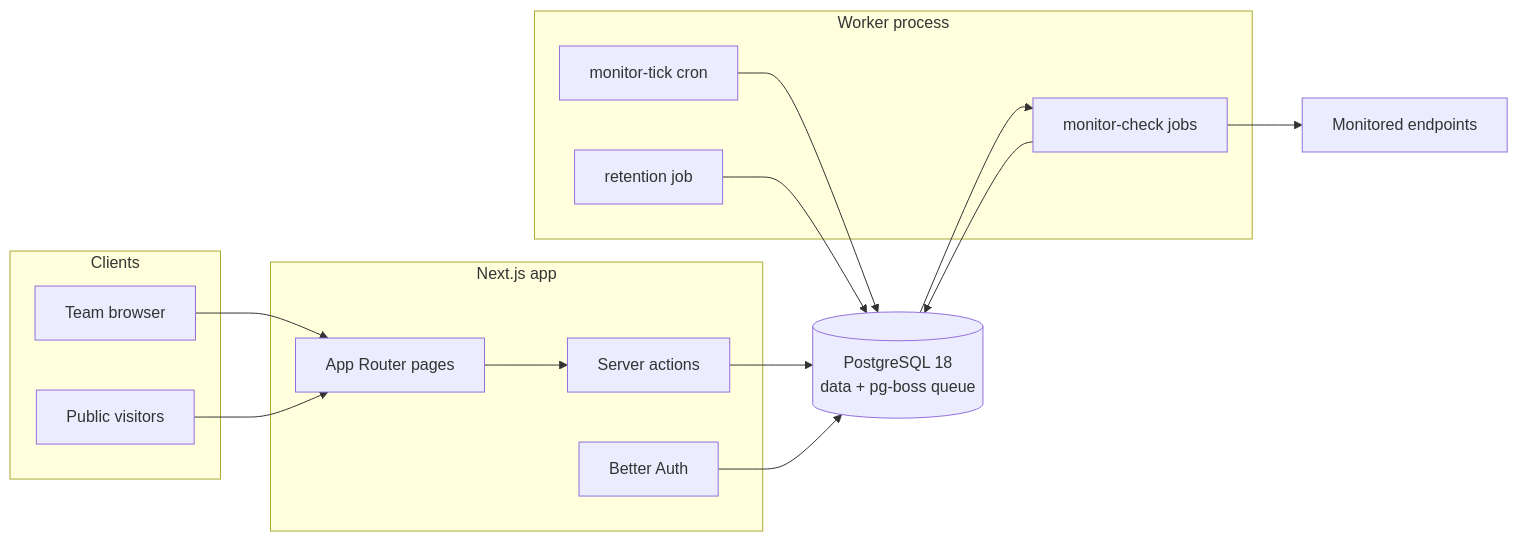
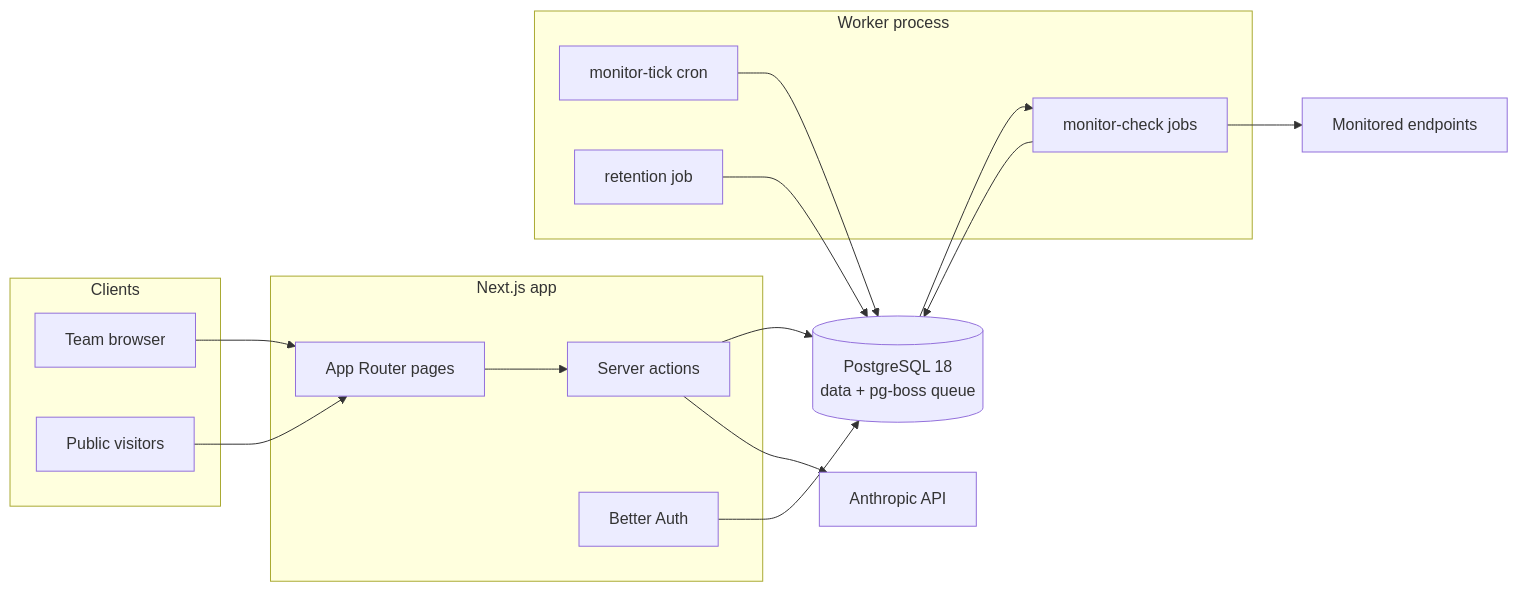
One commit to dev-matow/onuptime-docker changed the first of 3 diagrams in ARCHITECTURE.md. Above: the diagram before and after it, drawn with Mermaid. The commit also changed other lines of this file and 164 other files, not shown here.

````diff
--- a/ARCHITECTURE.md
+++ b/ARCHITECTURE.md
@@ -16,31 +18,33 @@
 ```mermaid
 flowchart LR
     subgraph clients [Clients]
         B[Team browser]
         P[Public visitors]
     end
 
     subgraph app [Next.js app]
         UI[App Router pages]
         SA[Server actions]
         AUTH[Better Auth]
     end
 
     subgraph worker [Worker process]
         TICK[monitor-tick cron]
         CHECK[monitor-check jobs]
         RET[retention job]
     end
 
     PG[(PostgreSQL 18\ndata + pg-boss queue)]
     TARGETS[Monitored endpoints]
+    ANTH[Anthropic API]
 
     B --> UI --> SA --> PG
+    SA --> ANTH
     P --> UI
     AUTH --> PG
     TICK --> PG
     PG --> CHECK
     CHECK --> TARGETS
     CHECK --> PG
     RET --> PG
 ```
````
